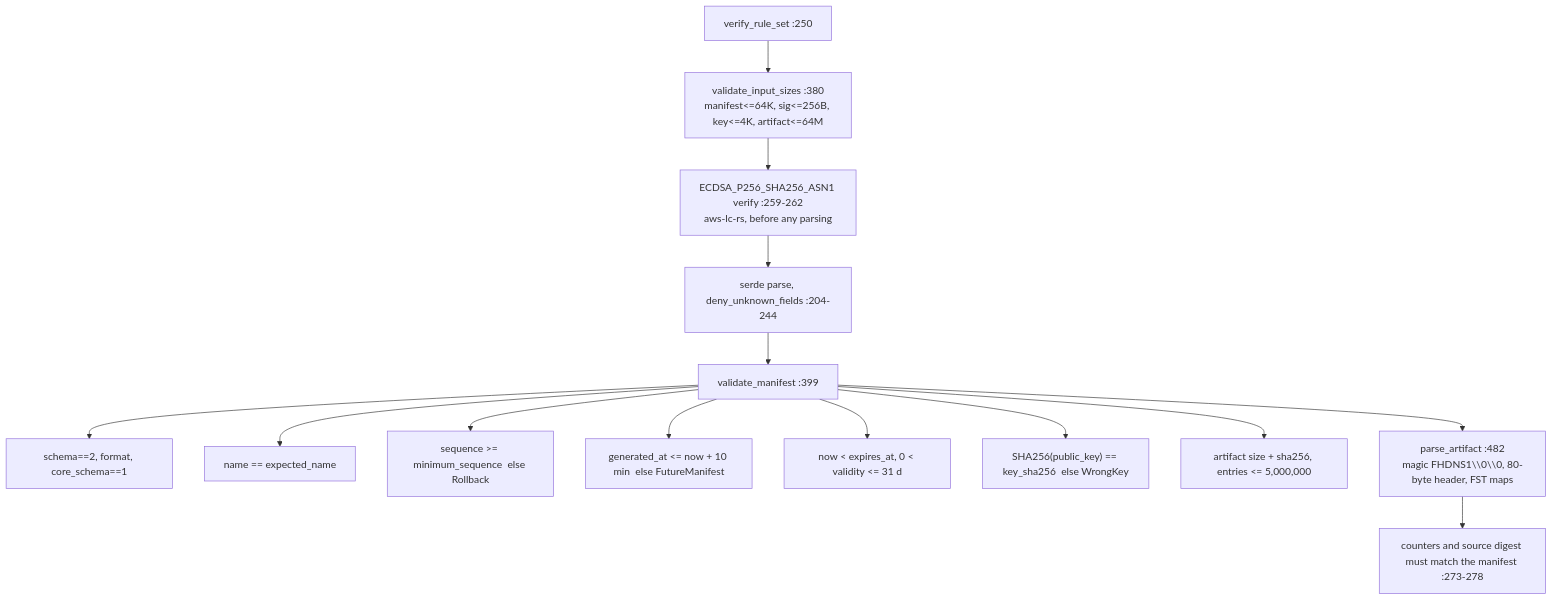
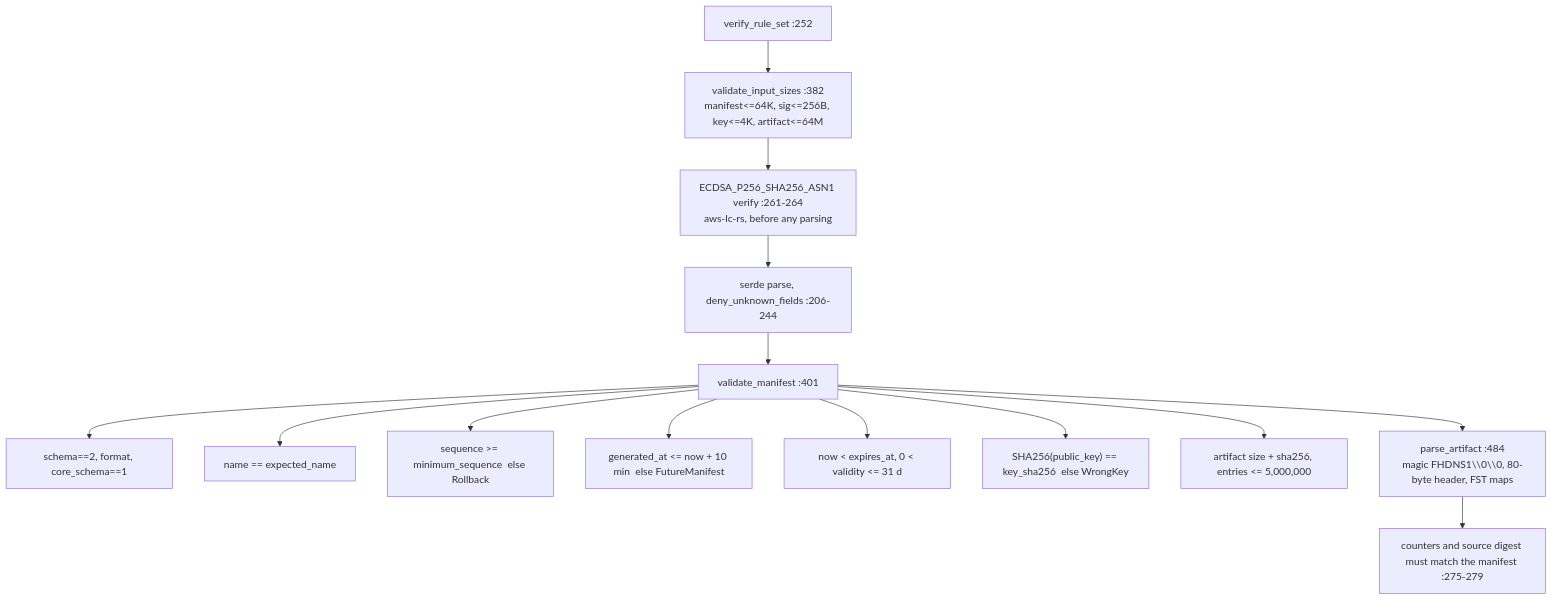
The fourth of 6 diagrams in docs/architecture/03-updates-and-data-delivery.md (foxhole-team/foxhole-core), drawn with Mermaid before and after one commit. The commit also changed other lines of this file and 244 other files, not shown here.

````diff
--- a/docs/architecture/03-updates-and-data-delivery.md
+++ b/docs/architecture/03-updates-and-data-delivery.md
@@ -120,16 +126,16 @@
 ```mermaid
 flowchart TD
-    A["verify_rule_set :250"] --> B["validate_input_sizes :380<br/>manifest<=64K, sig<=256B, key<=4K, artifact<=64M"]
-    B --> C["ECDSA_P256_SHA256_ASN1 verify :259-262<br/>aws-lc-rs, before any parsing"]
-    C --> D["serde parse, deny_unknown_fields :204-244"]
-    D --> E["validate_manifest :399"]
+    A["verify_rule_set :252"] --> B["validate_input_sizes :382<br/>manifest<=64K, sig<=256B, key<=4K, artifact<=64M"]
+    B --> C["ECDSA_P256_SHA256_ASN1 verify :261-264<br/>aws-lc-rs, before any parsing"]
+    C --> D["serde parse, deny_unknown_fields :206-244"]
+    D --> E["validate_manifest :401"]
     E --> E1["schema==2, format, core_schema==1"]
     E --> E2["name == expected_name"]
     E --> E3["sequence >= minimum_sequence  else Rollback"]
     E --> E4["generated_at <= now + 10 min  else FutureManifest"]
     E --> E5["now < expires_at, 0 < validity <= 31 d"]
     E --> E6["SHA256(public_key) == key_sha256  else WrongKey"]
     E --> E7["artifact size + sha256, entries <= 5,000,000"]
-    E --> F["parse_artifact :482<br/>magic FHDNS1\\0\\0, 80-byte header, FST maps"]
-    F --> G["counters and source digest must match the manifest :273-278"]
+    E --> F["parse_artifact :484<br/>magic FHDNS1\\0\\0, 80-byte header, FST maps"]
+    F --> G["counters and source digest must match the manifest :275-279"]
 ```
````
